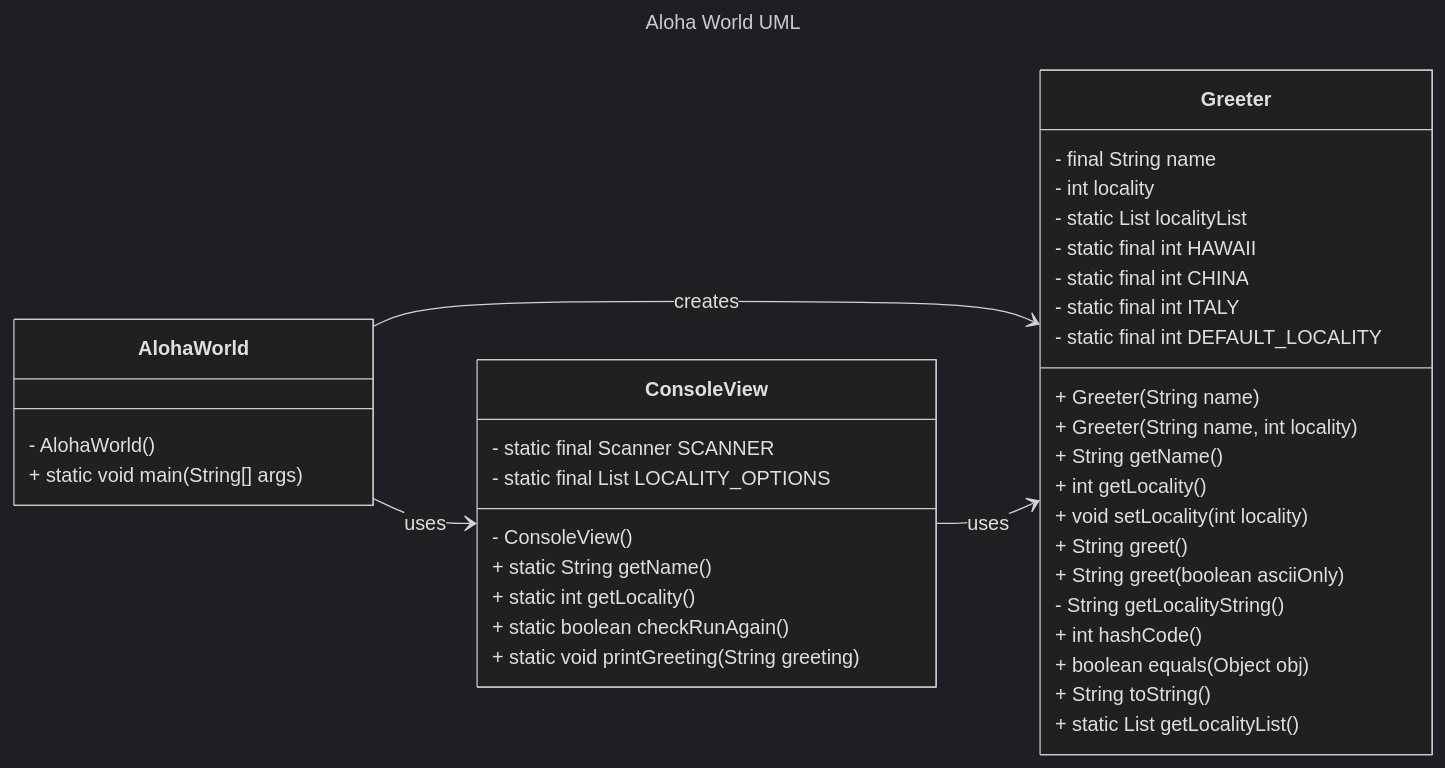
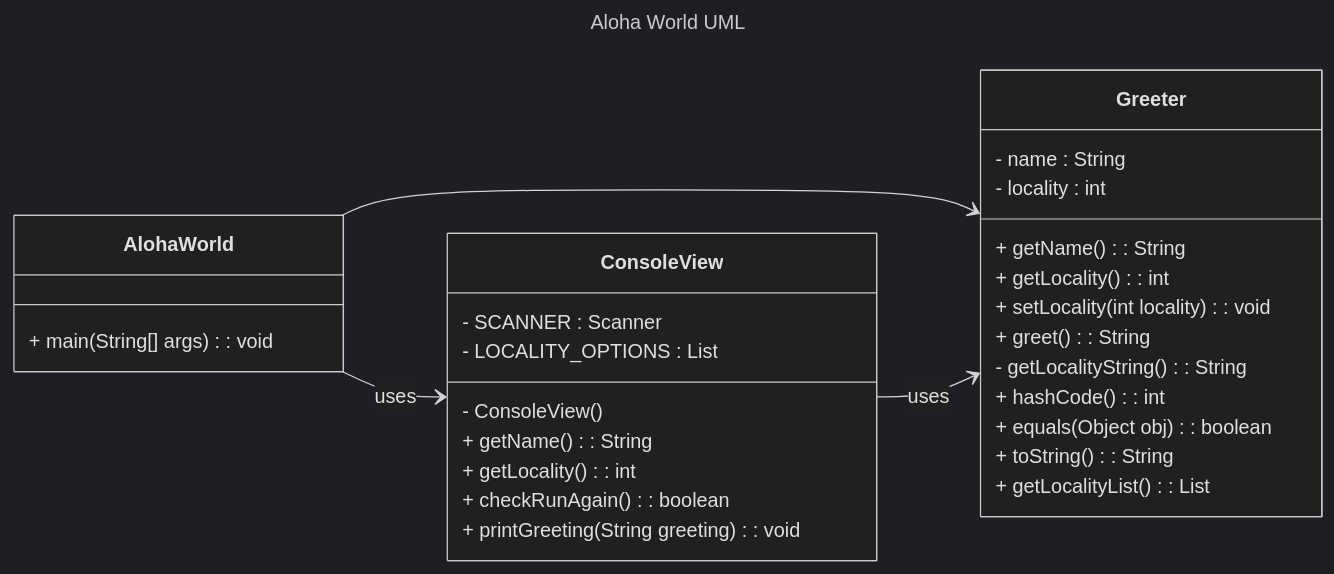
One commit to 5004-SEA-Fa24-Geeng/hello-world-ooodddee changed the diagram in Report.md. Above: the diagram before and after it, drawn with Mermaid (dark theme). The commit also changed other lines of this file and 1 other file, not shown here.

````diff
--- a/Report.md
+++ b/Report.md
@@ -10,49 +10,39 @@
 ```mermaid
 ---
 title: Aloha World UML
 ---
 classDiagram
     direction LR
 
-    AlohaWorld --> Greeter : creates
+    AlohaWorld --> Greeter 
     AlohaWorld --> ConsoleView : uses
     ConsoleView --> Greeter : uses
 
     class AlohaWorld {
-        - AlohaWorld()
-        + static void main(String[] args)
+       + main(String[] args) : void
     }
 
     class ConsoleView {
-        - static final Scanner SCANNER
-        - static final List<String> LOCALITY_OPTIONS
+        - SCANNER : Scanner 
+        - LOCALITY_OPTIONS : List
         - ConsoleView()
-        + static String getName()
-        + static int getLocality()
-        + static boolean checkRunAgain()
-        + static void printGreeting(String greeting)
+        + getName() : String
+        + getLocality() : int
+        + checkRunAgain() : boolean
+        + printGreeting(String greeting) : void
     }
 
     class Greeter {
-        - final String name
-        - int locality
-        - static List<String> localityList
-        - static final int HAWAII
-        - static final int CHINA
-        - static final int ITALY
-        - static final int DEFAULT_LOCALITY
-        + Greeter(String name)
-        + Greeter(String name, int locality)
-        + String getName()
-        + int getLocality()
-        + void setLocality(int locality)
-        + String greet()
-        + String greet(boolean asciiOnly)
-        - String getLocalityString()
-        + int hashCode()
-        + boolean equals(Object obj)
-        + String toString()
-        + static List<String> getLocalityList()
+        - name : String
+        - locality : int
+        + getName() : String
+        + getLocality() : int
+        + setLocality(int locality)  : void
+        + greet() : String
+        - getLocalityString() : String
+        + hashCode() : int
+        + equals(Object obj) : boolean
+        + toString() : String
+        + getLocalityList() : List
     }
-
 ```
````
